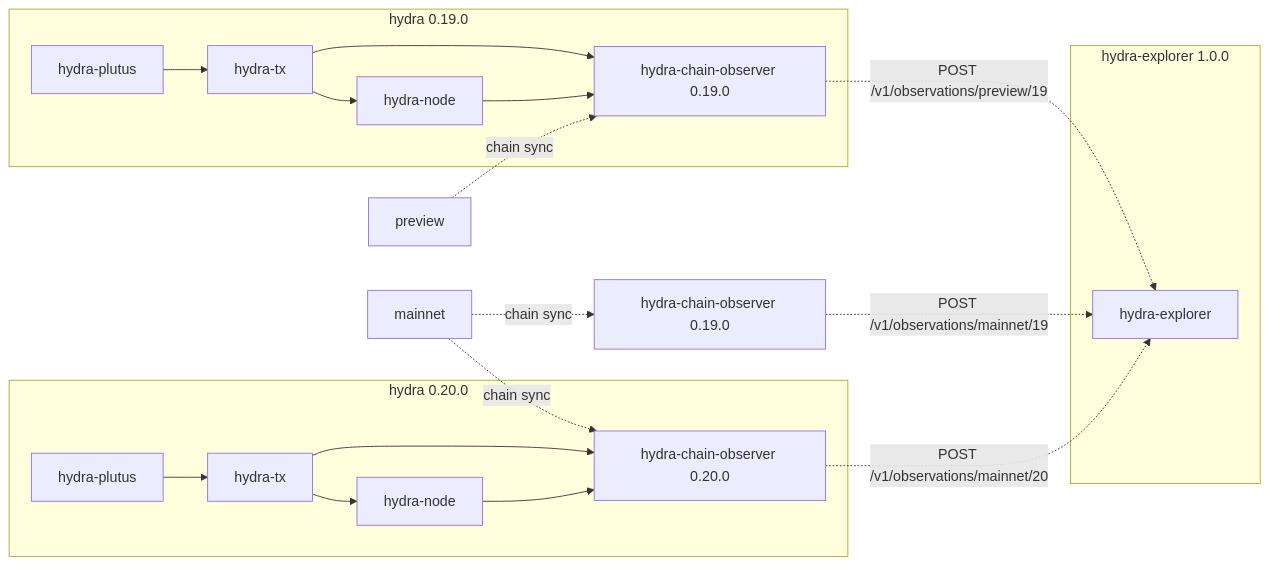
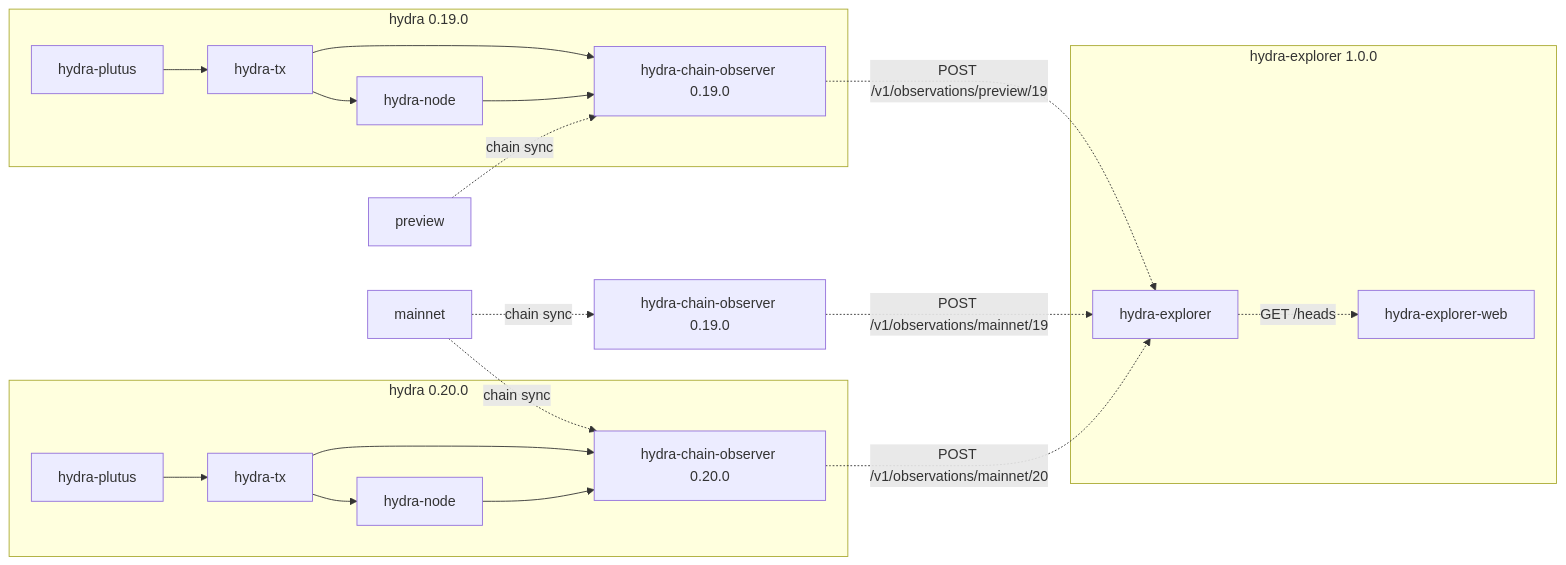
The diagram in README.md (cardano-scaling/hydra-explorer), drawn with Mermaid before and after one commit. The commit also changed other lines of this file and 1 other file, not shown here.

Commit message:
Add client api to architecture diagram

````diff
--- a/README.md
+++ b/README.md
@@ -26,38 +26,39 @@
 ``` mermaid
 flowchart LR
 
   subgraph hydra 0.19.0
     plutus-19[hydra-plutus]
     tx-19[hydra-tx]
     node-19[hydra-node]
     observer-19-preview[hydra-chain-observer 0.19.0]
     plutus-19 --> tx-19
     tx-19 --> observer-19-preview
     tx-19 --> node-19
     node-19 --> observer-19-preview
   end
   preview -. chain sync .-> observer-19-preview
 
   subgraph hydra 0.20.0
     plutus-20[hydra-plutus]
     tx-20[hydra-tx]
     node-20[hydra-node]
     observer-20[hydra-chain-observer 0.20.0]
     plutus-20 --> tx-20
     tx-20 --> observer-20
     tx-20 --> node-20
     node-20 --> observer-20
   end
   mainnet -. chain sync .-> observer-20
 
   observer-19[hydra-chain-observer 0.19.0]
   mainnet -. chain sync .-> observer-19
 
   subgraph hydra-explorer 1.0.0
     explorer[hydra-explorer]
+    explorer -. GET /heads .-> hydra-explorer-web
   end
 
   observer-19-preview -. POST /v1/observations/preview/19 .-> explorer
   observer-19 -. POST /v1/observations/mainnet/19 .-> explorer
   observer-20 -. POST /v1/observations/mainnet/20 .-> explorer
 ```
````
